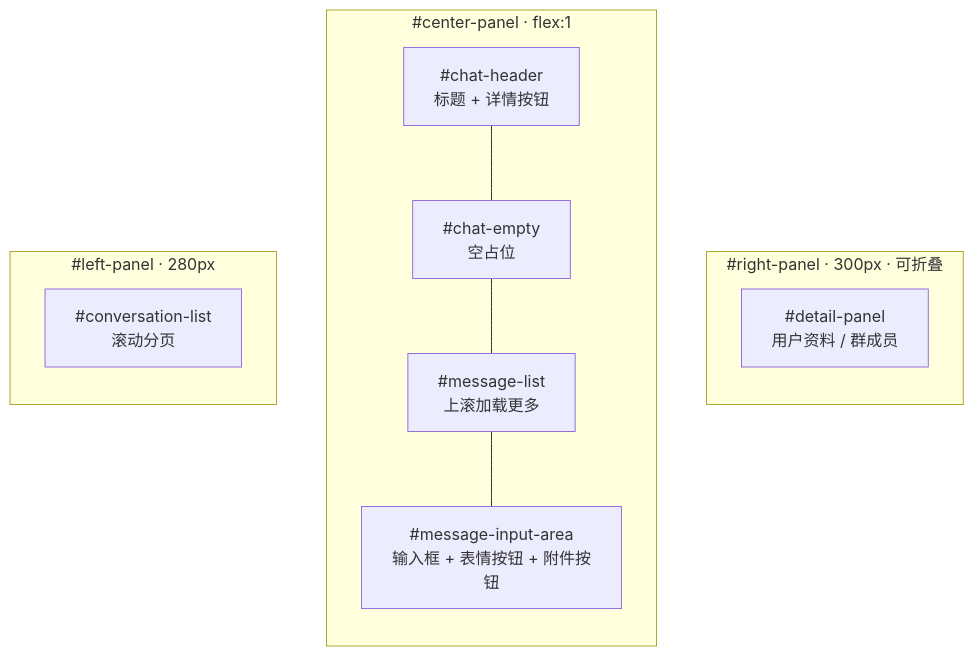
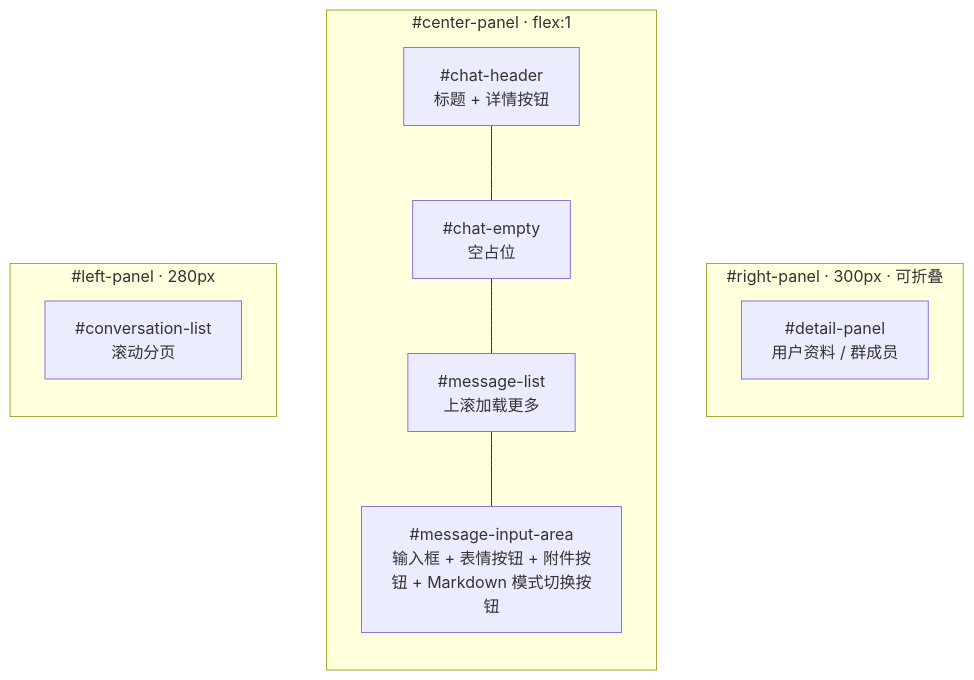
One commit to dacez/yimsg changed the first of 3 diagrams in packages/uikit/docs/UI设计方案.md. Above: the diagram before and after it, drawn with Mermaid. The commit also changed other lines of this file and 10 other files, not shown here.

````diff
--- a/packages/uikit/docs/UI设计方案.md
+++ b/packages/uikit/docs/UI设计方案.md
@@ -145,21 +145,21 @@
 ```mermaid
 graph LR
     subgraph 左栏["#left-panel · 280px"]
         L2["#conversation-list<br/>滚动分页"]
     end
 
     subgraph 中栏["#center-panel · flex:1"]
         direction TB
         C1["#chat-header<br/>标题 + 详情按钮"]
         C2["#chat-empty<br/>空占位"]
         C3["#message-list<br/>上滚加载更多"]
-        C4["#message-input-area<br/>输入框 + 表情按钮 + 附件按钮"]
+        C4["#message-input-area<br/>输入框 + 表情按钮 + 附件按钮 + Markdown 模式切换按钮"]
         C1 --- C2 --- C3 --- C4
     end
 
     subgraph 右栏["#right-panel · 300px · 可折叠"]
         R1["#detail-panel<br/>用户资料 / 群成员"]
     end
 
     左栏 ~~~ 中栏 ~~~ 右栏
 ```
````
